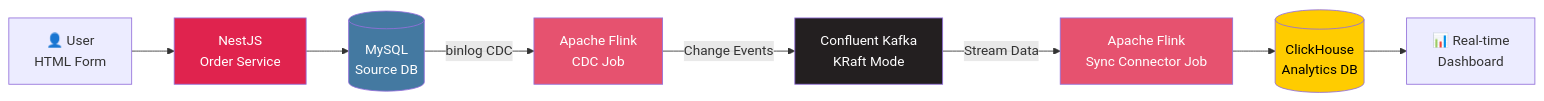
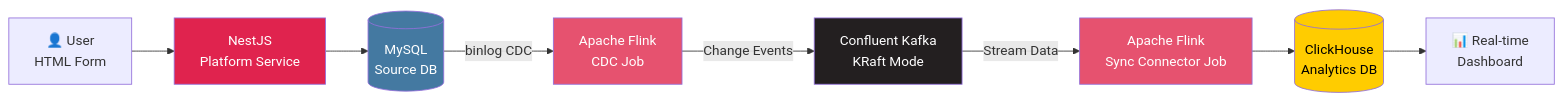
Before and after one commit to duarbdhks/flink_clikhouse: the diagram in claudedocs/pipeline/01-architecture-overview.md, drawn with Mermaid. The commit also changed other lines of this file and 5 other files, not shown here.

Commit message:
refactor: order-service -> platform-service 로 네이밍 변경에 따른 문구 및 문서 수정

````diff
--- a/claudedocs/pipeline/01-architecture-overview.md
+++ b/claudedocs/pipeline/01-architecture-overview.md
@@ -11,20 +11,20 @@
 ```mermaid
 graph LR
-    User[👤 User<br/>HTML Form] --> NestJS[NestJS<br/>Order Service]
+    User[👤 User<br/>HTML Form] --> NestJS[NestJS<br/>Platform Service]
     NestJS --> MySQL[(MySQL<br/>Source DB)]
 
     MySQL -->|binlog CDC| FlinkCDC[Apache Flink<br/>CDC Job]
     FlinkCDC -->|Change Events| Kafka[Confluent Kafka<br/>KRaft Mode]
 
     Kafka -->|Stream Data| FlinkSync[Apache Flink<br/>Sync Connector Job]
     FlinkSync --> ClickHouse[(ClickHouse<br/>Analytics DB)]
 
     ClickHouse --> Dashboard[📊 Real-time<br/>Dashboard]
 
     style MySQL fill:#4479A1,color:#fff
     style Kafka fill:#231F20,color:#fff
     style ClickHouse fill:#FFCC00,color:#000
     style FlinkCDC fill:#E6526F,color:#fff
     style FlinkSync fill:#E6526F,color:#fff
     style NestJS fill:#E0234E,color:#fff
 ```
````
